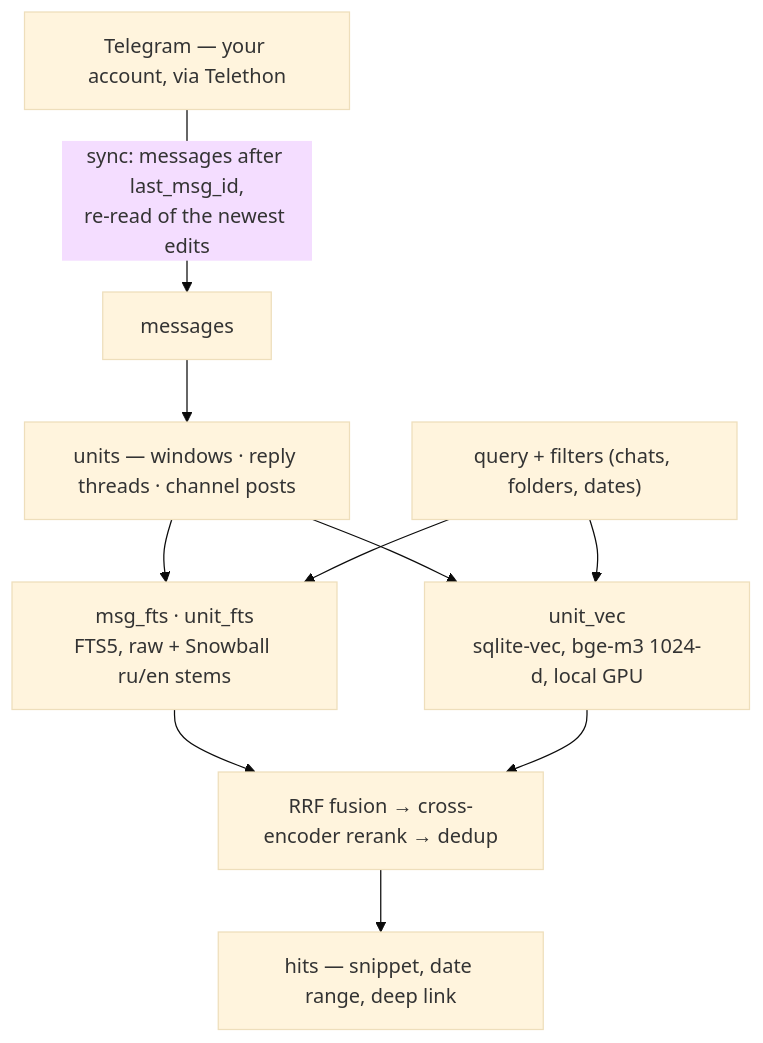
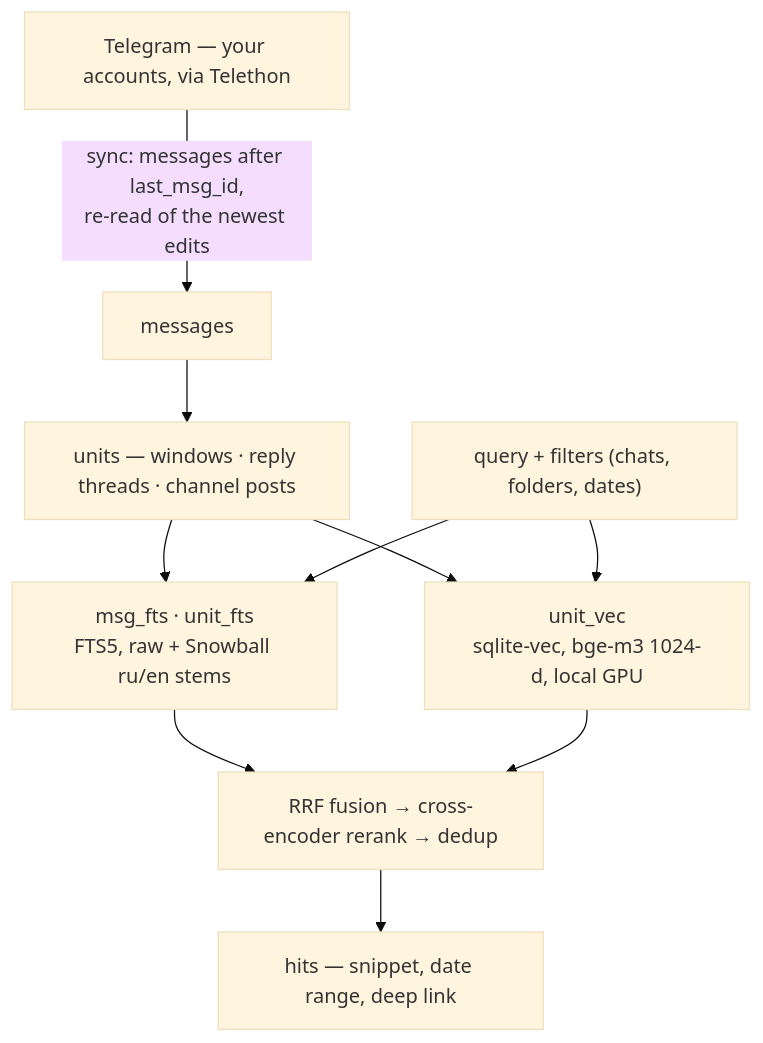
One commit to nnemirovsky/grepogram changed the diagram in README.md. Above: the diagram before and after it, drawn with Mermaid (base theme). The commit also changed other lines of this file and 64 other files, not shown here.

````diff
--- a/README.md
+++ b/README.md
@@ -39,21 +39,21 @@
 ```mermaid
 flowchart TD
-    TG["Telegram — your account, via Telethon"]
+    TG["Telegram — your accounts, via Telethon"]
     MSG["messages"]
     UNITS["units — windows · reply threads · channel posts"]
     FTS["msg_fts · unit_fts<br/>FTS5, raw + Snowball ru/en stems"]
     VEC["unit_vec<br/>sqlite-vec, bge-m3 1024-d, local GPU"]
     Q["query + filters (chats, folders, dates)"]
     FUSE["RRF fusion → cross-encoder rerank → dedup"]
     HITS["hits — snippet, date range, deep link"]
 
     TG -->|"sync: messages after last_msg_id,<br/>re-read of the newest edits"| MSG
     MSG --> UNITS
     UNITS --> FTS
     UNITS --> VEC
     Q --> FTS
     Q --> VEC
     FTS --> FUSE
     VEC --> FUSE
     FUSE --> HITS
 ```
````
